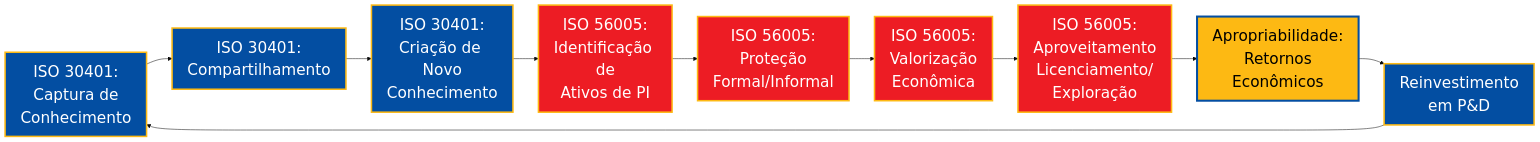
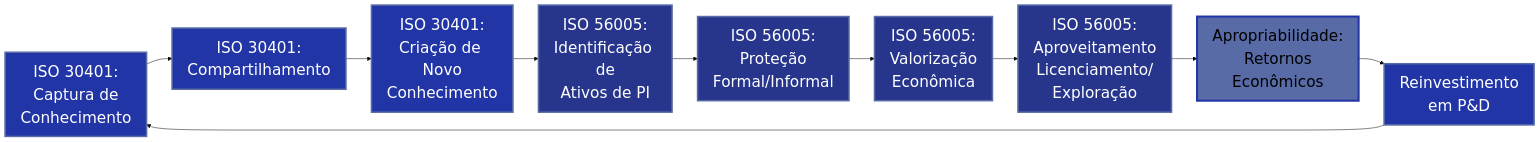
The second of 2 diagrams in aulas/ciencia_pi/SLIDES_QUARTO/Tema 08 - Gestao Estrategica PI PME/tema08_apresentacao/tema08_apresentacao.qmd (ldvsantos/cv), drawn with Mermaid before and after one commit. The commit also changed other lines of this file and 466 other files, not shown here.

````diff
--- a/aulas/ciencia_pi/SLIDES_QUARTO/Tema 08 - Gestao Estrategica PI PME/tema08_apresentacao/tema08_apresentacao.qmd
+++ b/aulas/ciencia_pi/SLIDES_QUARTO/Tema 08 - Gestao Estrategica PI PME/tema08_apresentacao/tema08_apresentacao.qmd
@@ -306,25 +305,25 @@
 ```{mermaid}
 %%{init: { 'theme': 'base', 'themeVariables': { 'fontSize': '30px', 'fontFamily': 'Ubuntu, sans-serif' } } }%%
 %%| fig-width: 80
 %%| fig-height: 12
 graph LR
     A["ISO 30401:<br/>Captura de<br/>Conhecimento"] --> B["ISO 30401:<br/>Compartilhamento"]
     B --> C["ISO 30401:<br/>Criação de Novo<br/>Conhecimento"]
     C --> D["ISO 56005:<br/>Identificação de<br/>Ativos de PI"]
     D --> E["ISO 56005:<br/>Proteção<br/>Formal/Informal"]
     E --> F["ISO 56005:<br/>Valorização<br/>Econômica"]
     F --> G["ISO 56005:<br/>Aproveitamento<br/>Licenciamento/<br/>Exploração"]
     G --> H["Apropriabilidade:<br/>Retornos<br/>Econômicos"]
     H --> I["Reinvestimento<br/>em P&D"]
     I --> A
     
-    style A fill:#034EA2,stroke:#FDB913,stroke-width:3px,color:#fff
-    style B fill:#034EA2,stroke:#FDB913,stroke-width:3px,color:#fff
-    style C fill:#034EA2,stroke:#FDB913,stroke-width:3px,color:#fff
-    style D fill:#ED1C24,stroke:#FDB913,stroke-width:3px,color:#fff
-    style E fill:#ED1C24,stroke:#FDB913,stroke-width:3px,color:#fff
-    style F fill:#ED1C24,stroke:#FDB913,stroke-width:3px,color:#fff
-    style G fill:#ED1C24,stroke:#FDB913,stroke-width:3px,color:#fff
-    style H fill:#FDB913,stroke:#034EA2,stroke-width:4px,color:#000
-    style I fill:#034EA2,stroke:#FDB913,stroke-width:3px,color:#fff
+    style A fill:#2135A6,stroke:#586BA6,stroke-width:3px,color:#fff
+    style B fill:#2135A6,stroke:#586BA6,stroke-width:3px,color:#fff
+    style C fill:#2135A6,stroke:#586BA6,stroke-width:3px,color:#fff
+    style D fill:#27368C,stroke:#586BA6,stroke-width:3px,color:#fff
+    style E fill:#27368C,stroke:#586BA6,stroke-width:3px,color:#fff
+    style F fill:#27368C,stroke:#586BA6,stroke-width:3px,color:#fff
+    style G fill:#27368C,stroke:#586BA6,stroke-width:3px,color:#fff
+    style H fill:#586BA6,stroke:#2135A6,stroke-width:4px,color:#000
+    style I fill:#2135A6,stroke:#586BA6,stroke-width:3px,color:#fff
 ```
````
